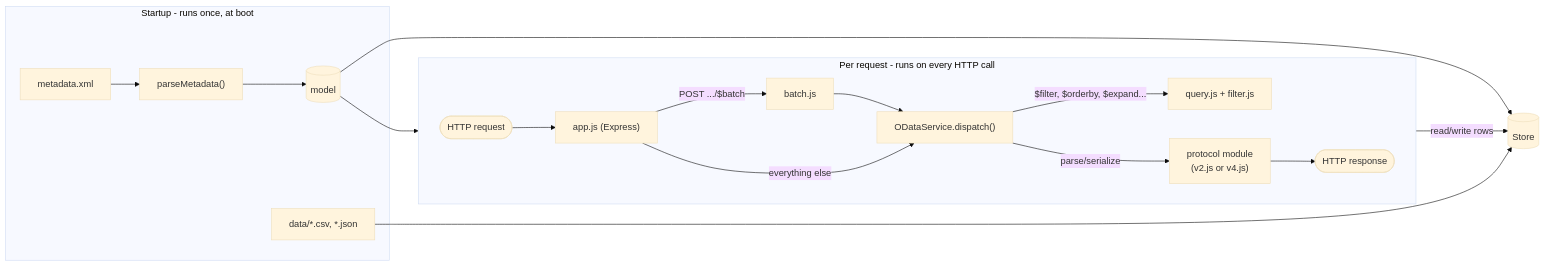
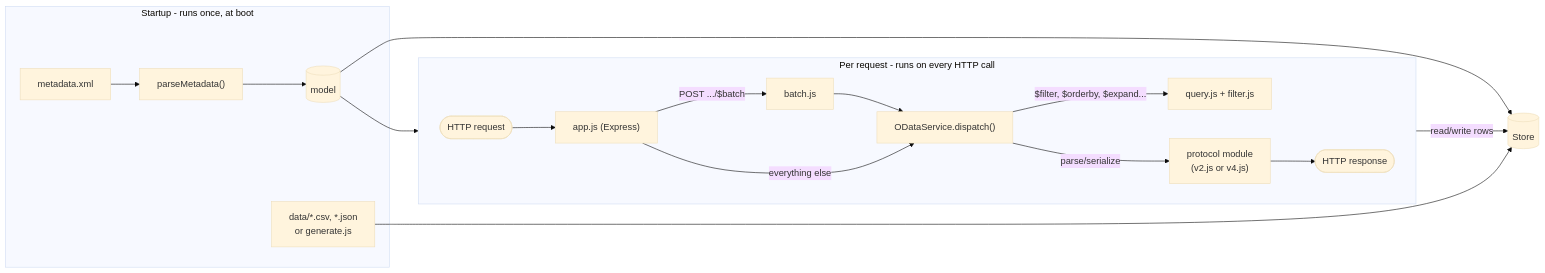
One commit to jaravan/odata-prova changed the diagram in README.md. Above: the diagram before and after it, drawn with Mermaid (base theme). The commit also changed other lines of this file and 9 other files, not shown here.

Commit message:
feat(odata-server): mock data generation for entity sets w/o seed file

````diff
--- a/README.md
+++ b/README.md
@@ -59,25 +62,25 @@
 ```mermaid
 flowchart LR
     subgraph Startup["Startup - runs once, at boot"]
         MX["metadata.xml"] --> PM["parseMetadata()"]
         PM --> MODEL[("model")]
-        SEED["data/*.csv, *.json"]
+        SEED["data/*.csv, *.json<br/>or generate.js"]
     end
 
     ST[("Store")]
     MODEL --> ST
     SEED --> ST
 
     subgraph Request["Per request - runs on every HTTP call"]
         direction LR
         REQ(["HTTP request"]) --> APP["app.js (Express)"]
         APP -- "POST .../$batch" --> BATCH["batch.js"] --> SVC
         APP -- "everything else" --> SVC["ODataService.dispatch()"]
         SVC -- "$filter, $orderby, $expand..." --> QF["query.js + filter.js"]
         SVC -- "parse/serialize" --> PROTO["protocol module<br/>(v2.js or v4.js)"]
         PROTO --> RES(["HTTP response"])
     end
 
     MODEL --> SVC
     SVC -- "read/write rows" --> ST
 ```
````
